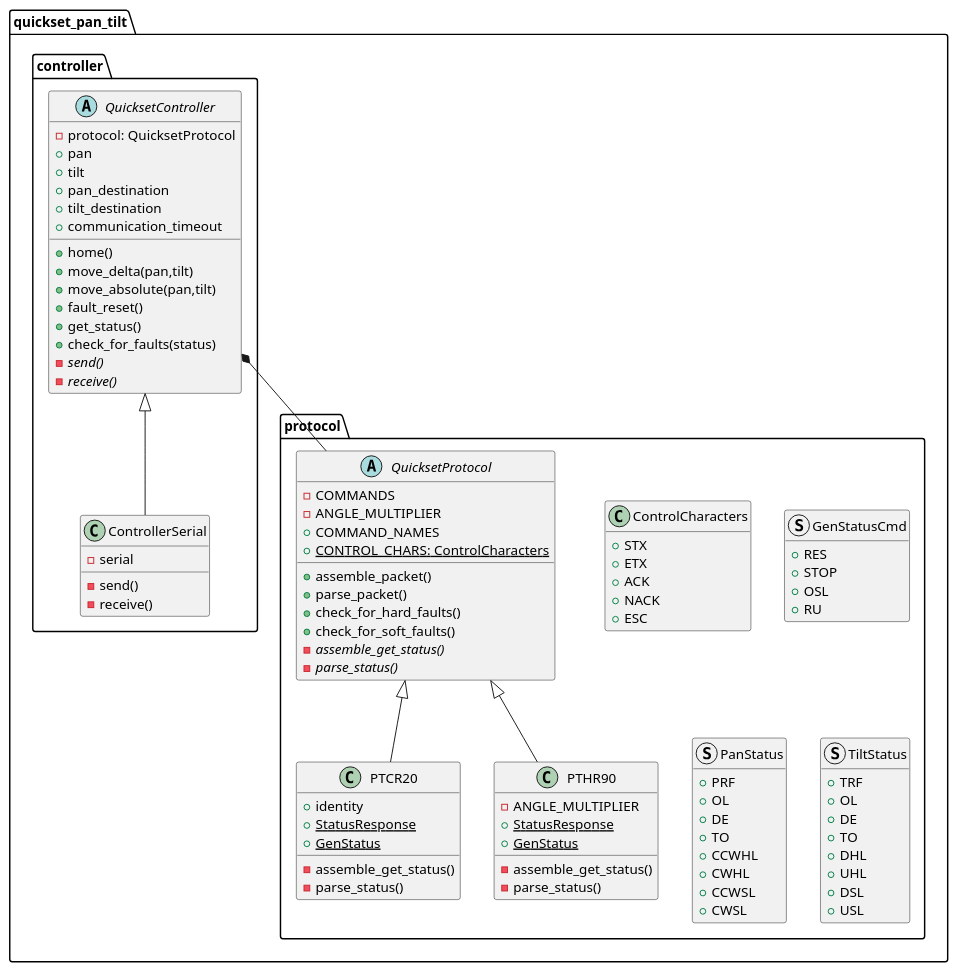
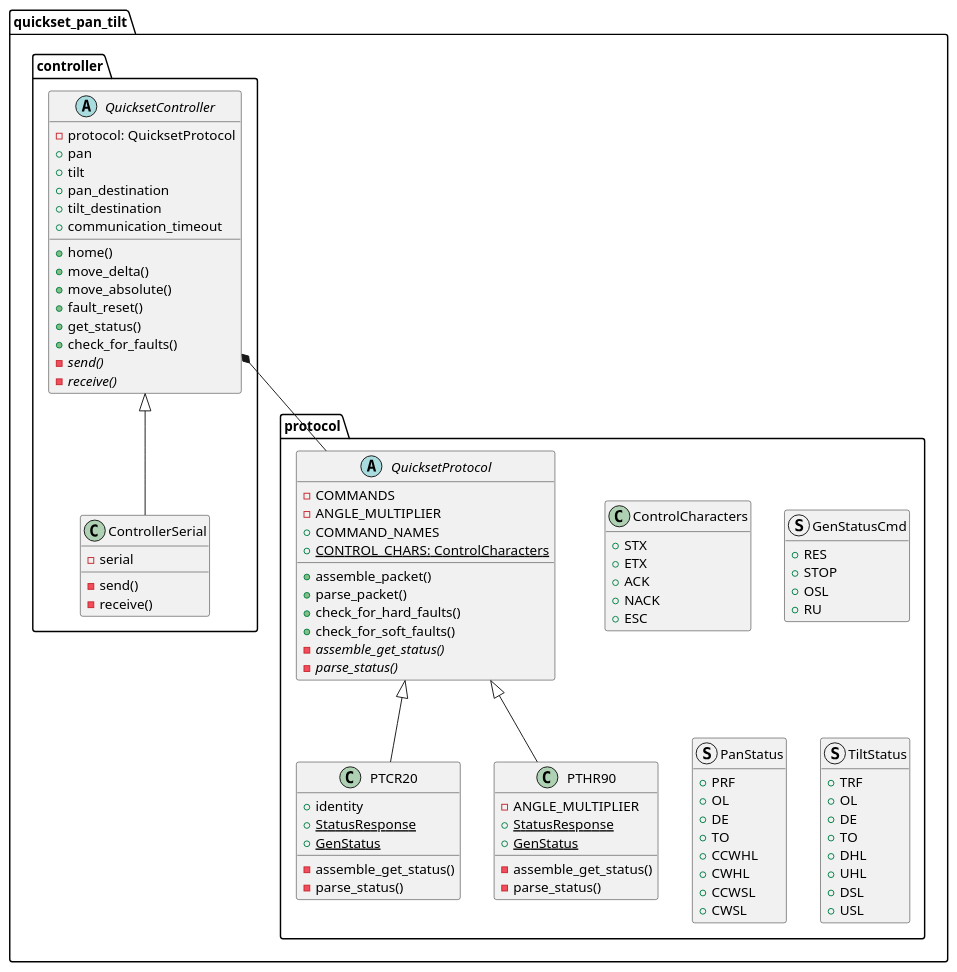
One commit to BMW-lab-MSU/quickset-pan-tilt-controller changed the diagram in docs/class-diagram.puml. Above: the diagram before and after it, drawn with PlantUML. The commit also changed 2 other files, not shown here.

```diff
--- a/docs/class-diagram.puml
+++ b/docs/class-diagram.puml
@@ -1,121 +1,121 @@
 @startuml quickset_pan_tilt
 !pragma useIntermediatePackages false
 
 hide empty methods
 
 abstract class quickset_pan_tilt.controller.QuicksetController {
   -protocol: QuicksetProtocol
   +pan
   +tilt
   +pan_destination
   +tilt_destination
   +communication_timeout
 
   +home()
-  +move_delta(pan,tilt)
-  +move_absolute(pan,tilt)
+  +move_delta()
+  +move_absolute()
   +fault_reset()
   +get_status()
-  +check_for_faults(status)
-  ' -execute_move_command(cmd, *args)
-  ' -set_pan_tilt_coordinate_properties(status)
+  +check_for_faults()
+  ' -execute_move_command()
+  ' -set_pan_tilt_coordinate_properties()
   ' -wait_for_initizliation()
   -{abstract} send()
   -{abstract} receive()
 }
 
 class quickset_pan_tilt.controller.ControllerSerial {
   -serial
   -send()
   -receive()
 }
 
 class quickset_pan_tilt.protocol.ControlCharacters {
   +STX
   +ETX
   +ACK
   +NACK
   +ESC
 }
 abstract class quickset_pan_tilt.protocol.QuicksetProtocol {
   -COMMANDS
   -ANGLE_MULTIPLIER
   +COMMAND_NAMES
   +{static} CONTROL_CHARS: ControlCharacters
 
   +assemble_packet()
   +parse_packet()
   +check_for_hard_faults()
   +check_for_soft_faults()
   -{abstract} assemble_get_status()
   -{abstract} parse_status()
   ' -{static} int_to_bytes()
   ' -{static} bytes_to_int()
   ' -{static} compute_lrc()
   ' -{static} escape_control_chars()
   ' -{static} insert_escape_sequence()
   ' -{static} remove_escape_sequence()
   ' -assemble_cmd_data_lrc()
   ' -add_identity_byte()
   ' -remove_identity_byte()
   ' -assemble_fault_reset()
   ' -assemble_get_communication_timeout()
   ' -assemble_set_communication_timeout()
   ' -parse_communication_timeout()
   ' -assemble_move_to_entered()
   ' -assemble_move_to_delta()
 
 }
 
 class quickset_pan_tilt.protocol.PTCR20 {
   +identity
   +{static}StatusResponse
   +{static}GenStatus
   -assemble_get_status()
   -parse_status()
   ' -add_identity_byte()
   ' -remove_identity_byte()
 }
 class quickset_pan_tilt.protocol.PTHR90 {
   -ANGLE_MULTIPLIER
   +{static}StatusResponse
   +{static}GenStatus
   -assemble_get_status()
   -parse_status()
 }
 
 struct quickset_pan_tilt.protocol.GenStatusCmd {
   +RES
   +STOP
   +OSL
   +RU
 }
 
 struct quickset_pan_tilt.protocol.PanStatus {
   +PRF
   +OL
   +DE
   +TO
   +CCWHL
   +CWHL
   +CCWSL
   +CWSL
 }
 
 struct quickset_pan_tilt.protocol.TiltStatus {
   +TRF
   +OL
   +DE
   +TO
   +DHL
   +UHL
   +DSL
   +USL
 }
 
 
 quickset_pan_tilt.controller.QuicksetController <|-- quickset_pan_tilt.controller.ControllerSerial
 quickset_pan_tilt.controller.QuicksetController *-- quickset_pan_tilt.protocol.QuicksetProtocol
 quickset_pan_tilt.protocol.QuicksetProtocol <|-- quickset_pan_tilt.protocol.PTCR20
 quickset_pan_tilt.protocol.QuicksetProtocol <|-- quickset_pan_tilt.protocol.PTHR90
 @enduml
```
